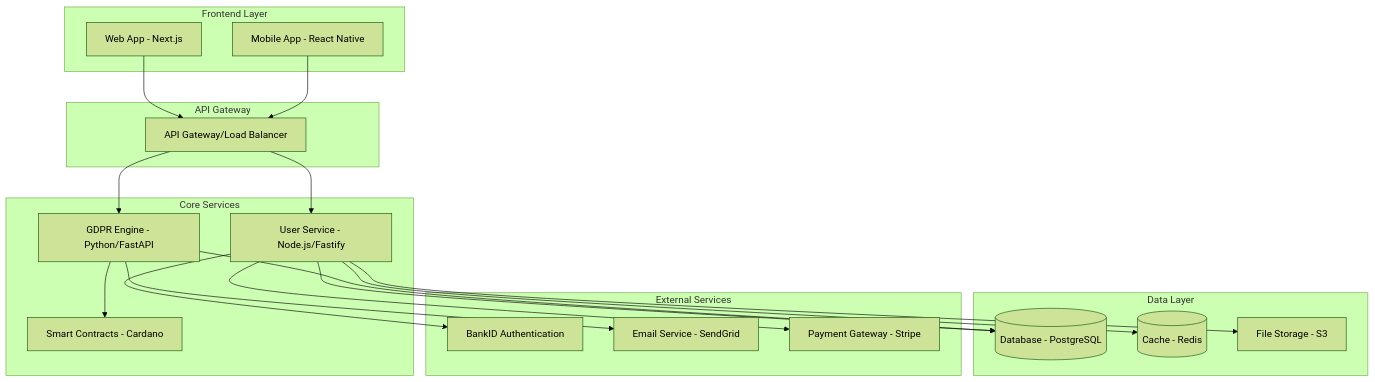
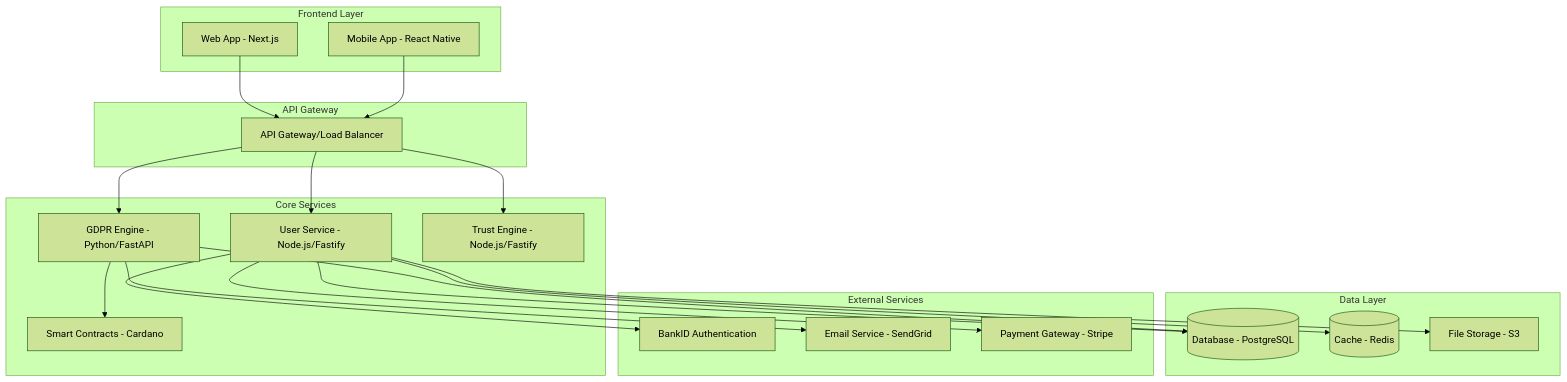
One commit to Monarch-Tech-Dev/DAMOCLES changed the diagram in docs/ARCHITECTURE.md. Above: the diagram before and after it, drawn with Mermaid (forest theme). The commit also changed other lines of this file and 12 other files, not shown here.

````diff
--- a/docs/ARCHITECTURE.md
+++ b/docs/ARCHITECTURE.md
@@ -11,42 +11,44 @@
 ```mermaid
 graph TB
     subgraph "Frontend Layer"
         WEB[Web App - Next.js]
         MOBILE[Mobile App - React Native]
     end
     
     subgraph "API Gateway"
         GATEWAY[API Gateway/Load Balancer]
     end
     
     subgraph "Core Services"
         USER[User Service - Node.js/Fastify]
         GDPR[GDPR Engine - Python/FastAPI] 
+        TRUST[Trust Engine - Node.js/Fastify]
         BLOCKCHAIN[Smart Contracts - Cardano]
     end
     
     subgraph "Data Layer"
         DB[(Database - PostgreSQL)]
         REDIS[(Cache - Redis)]
         FILES[File Storage - S3]
     end
     
     subgraph "External Services"
         BANKID[BankID Authentication]
         EMAIL[Email Service - SendGrid]
         PAYMENT[Payment Gateway - Stripe]
     end
     
     WEB --> GATEWAY
     MOBILE --> GATEWAY
     GATEWAY --> USER
     GATEWAY --> GDPR
+    GATEWAY --> TRUST
     USER --> DB
     USER --> REDIS
     GDPR --> DB
     GDPR --> EMAIL
     USER --> BANKID
     USER --> PAYMENT
     GDPR --> BLOCKCHAIN
     USER --> FILES
 ```
````
